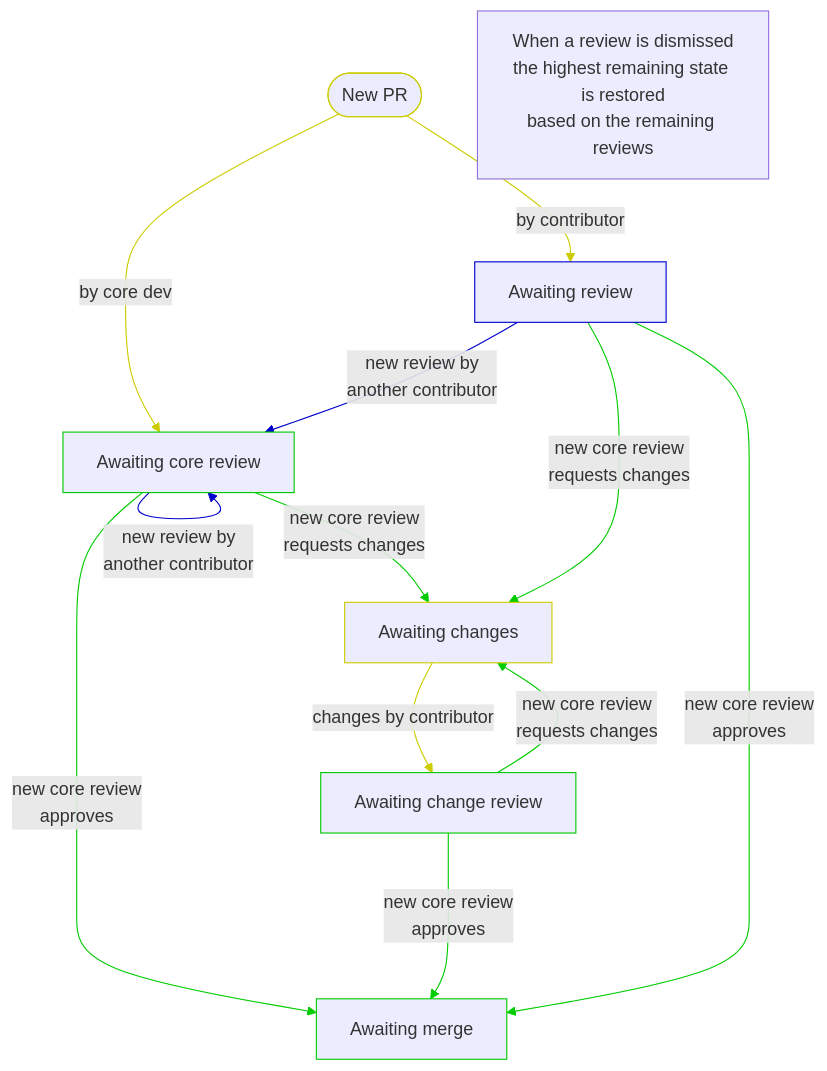
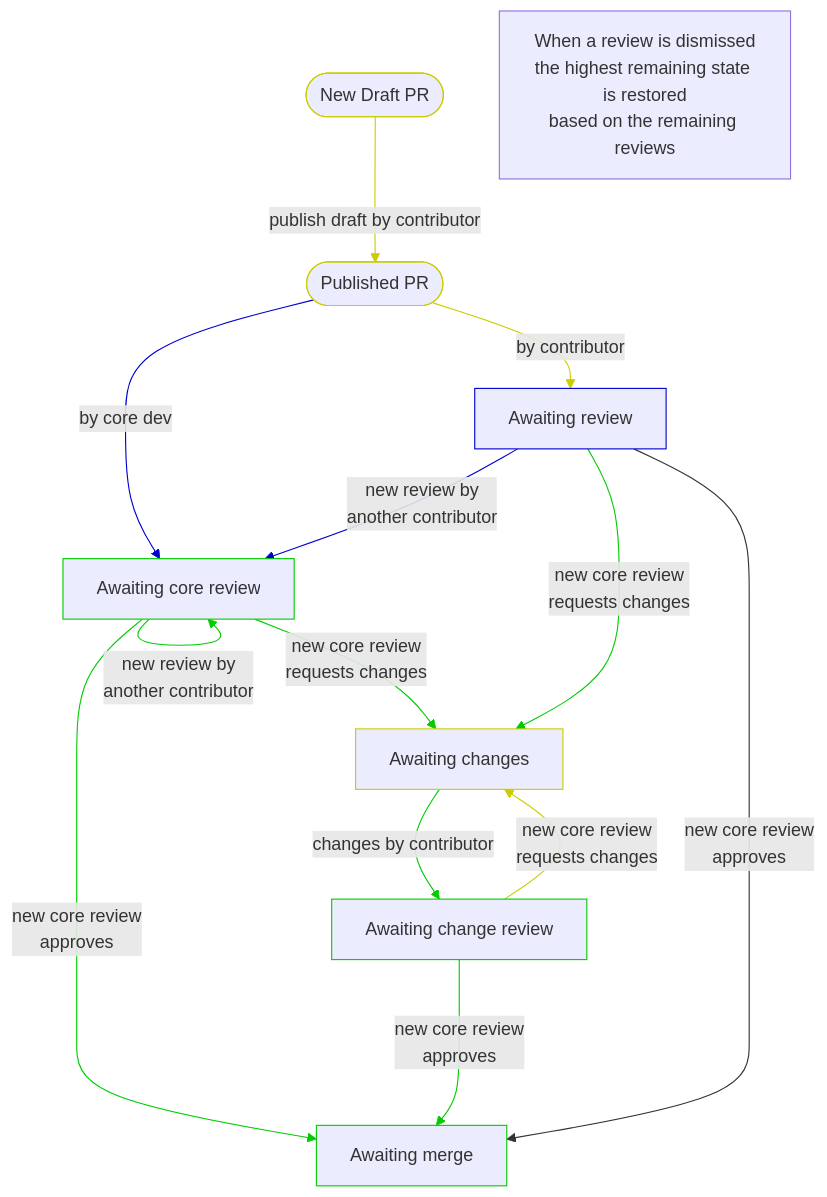
The diagram in README.md (python/bedevere), drawn with Mermaid before and after one commit. The commit also changed other lines of this file and 2 other files, not shown here.

First line of the commit message:
gh-554: Handle Draft PRs (#555)

````diff
--- a/README.md
+++ b/README.md
@@ -44,18 +44,20 @@
 ```mermaid
 flowchart TD
-    A([New PR]):::creator
+    A([Published PR]):::creator
+    A_draft([New Draft PR]):::creator
+    A_draft -- publish draft by contributor --> A:::creator
     A -- by contributor --> B[Awaiting review]:::anyone
     A -- by core dev --> C[Awaiting core review]:::coredev
     B & C -- new review by\nanother contributor --> C
     C & B & E  -- new core review\nrequests changes --> D[Awaiting changes]:::creator
     D -- changes by contributor --> E[Awaiting change review]:::coredev
     C & E & B -- new core review\napproves ---> F[Awaiting merge]:::coredev
     G[When a review is dismissed\nthe highest remaining state is restored\nbased on the remaining reviews]
 classDef creator stroke:#CC0;
 classDef anyone stroke:#00C;
 classDef coredev stroke:#0C0;
 classDef triager stroke:#C0C;
 linkStyle 0,1,7 stroke:#CC0,color:auto;
 linkStyle 2,3 stroke:#00C,color:auto;
 linkStyle 4,5,6,8,9,10 stroke:#0C0,color:auto;
 ```
````
